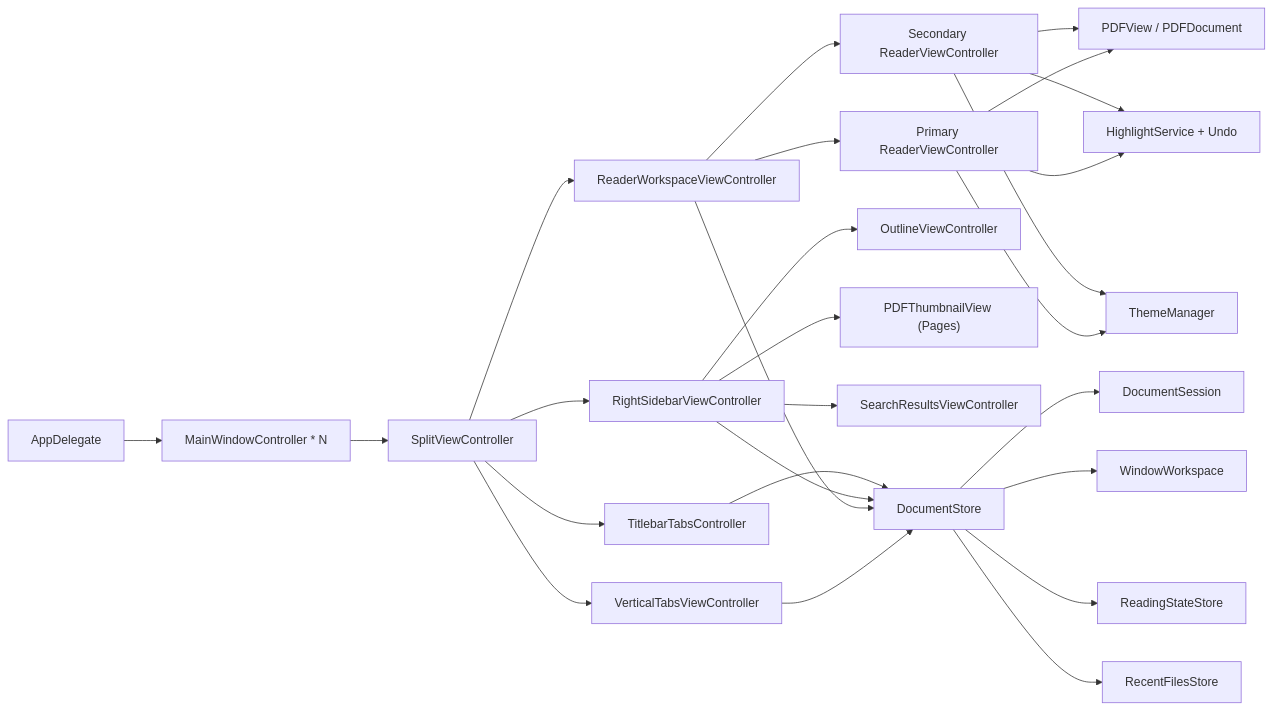
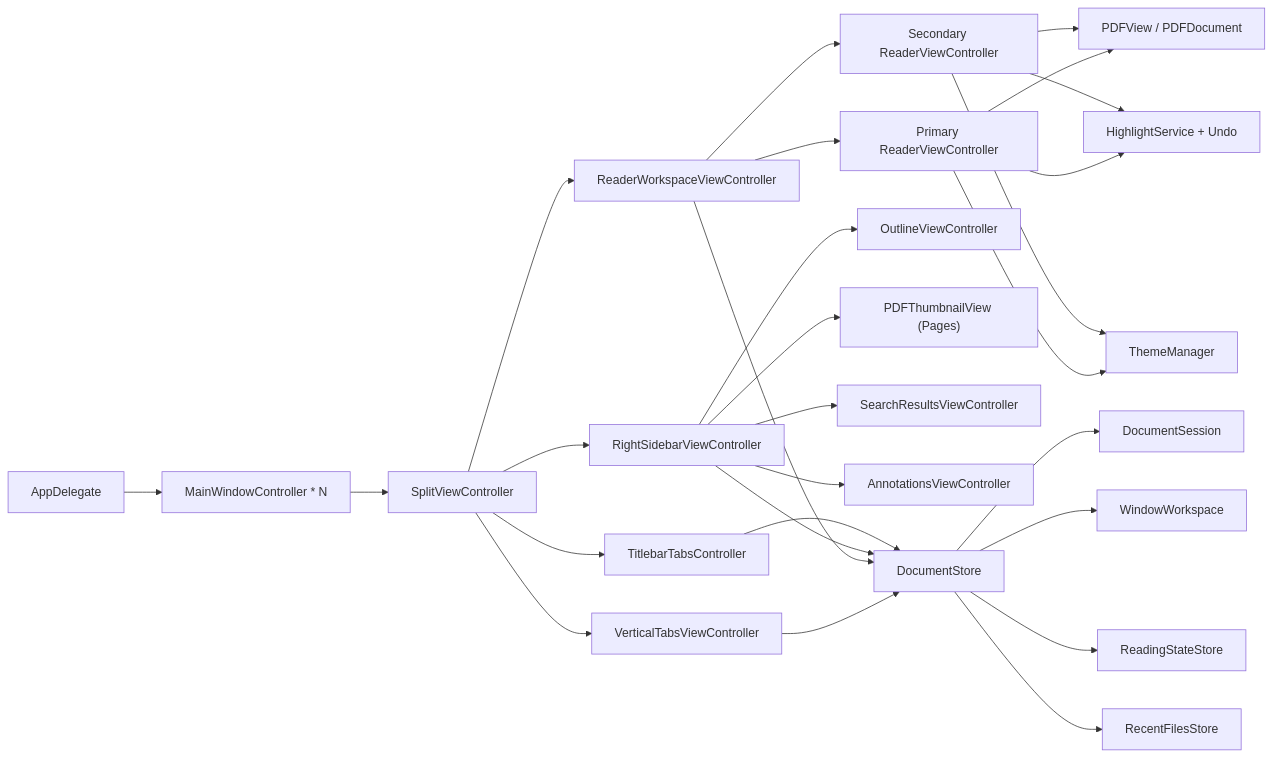
The diagram in PROJECT.md (Yalyenea/serein-pdf), drawn with Mermaid before and after one commit. The commit also changed other lines of this file and 25 other files, not shown here.

````diff
--- a/PROJECT.md
+++ b/PROJECT.md
@@ -42,28 +42,29 @@
 ```mermaid
 flowchart LR
     A["AppDelegate"] --> B["MainWindowController * N"]
     B --> C["SplitViewController"]
     C --> D["VerticalTabsViewController"]
     C --> E["ReaderWorkspaceViewController"]
     C --> F["RightSidebarViewController"]
     C --> G["TitlebarTabsController"]
     E --> E1["Primary ReaderViewController"]
     E --> E2["Secondary ReaderViewController"]
     F --> F1["OutlineViewController"]
     F --> F2["PDFThumbnailView (Pages)"]
     F --> F3["SearchResultsViewController"]
+    F --> F4["AnnotationsViewController"]
     D --> H["DocumentStore"]
     E --> H
     F --> H
     G --> H
     H --> I["DocumentSession"]
     H --> J["WindowWorkspace"]
     E1 --> K["PDFView / PDFDocument"]
     E2 --> K
     E1 --> L["HighlightService + Undo"]
     E2 --> L
     E1 --> M["ThemeManager"]
     E2 --> M
     H --> N["ReadingStateStore"]
     H --> O["RecentFilesStore"]
 ```
````
